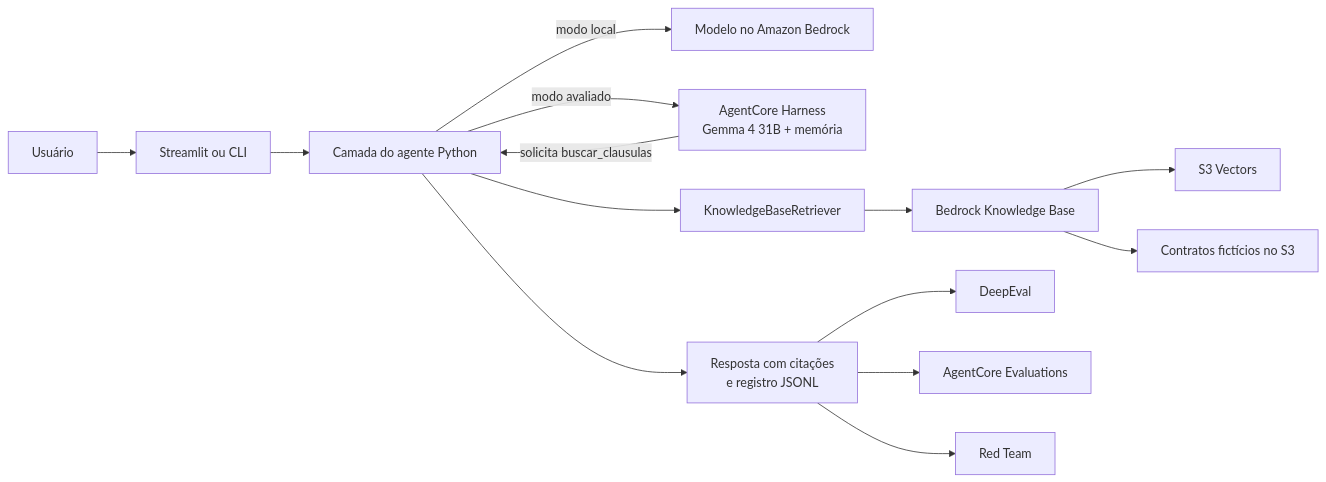
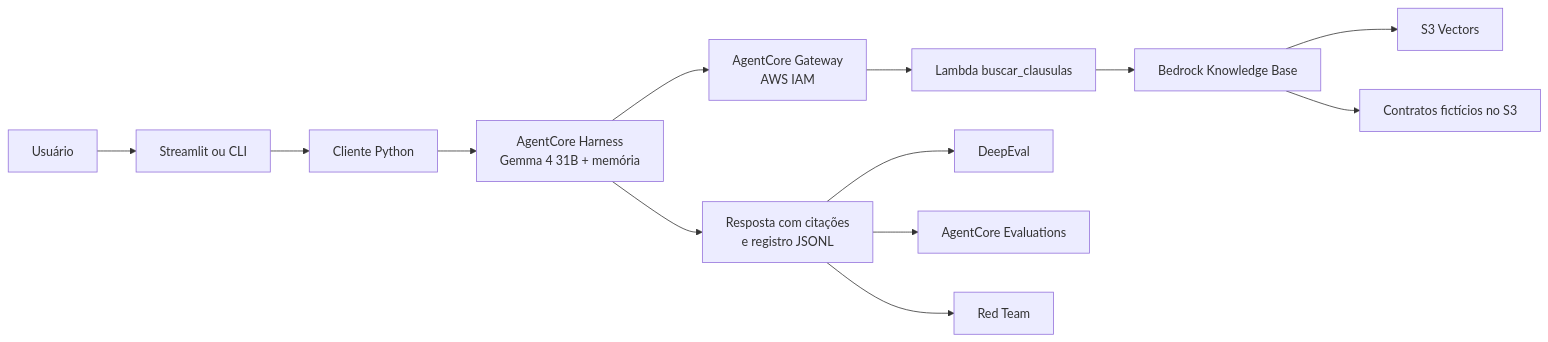
The diagram in README.md (camimcl/contrato-claro-agent), drawn with Mermaid before and after one commit. The commit also changed other lines of this file and 7 other files, not shown here.

````diff
--- a/README.md
+++ b/README.md
@@ -26,16 +26,15 @@
 ```mermaid
 flowchart LR
     U[Usuário] --> UI[Streamlit ou CLI]
-    UI --> A[Camada do agente Python]
-    A -->|modo local| M[Modelo no Amazon Bedrock]
-    A -->|modo avaliado| H[AgentCore Harness<br/>Gemma 4 31B + memória]
-    H -->|solicita buscar_clausulas| A
-    A --> R[KnowledgeBaseRetriever]
-    R --> KB[Bedrock Knowledge Base]
+    UI --> A[Cliente Python]
+    A --> H[AgentCore Harness<br/>Gemma 4 31B + memória]
+    H --> G[AgentCore Gateway<br/>AWS IAM]
+    G --> L[Lambda buscar_clausulas]
+    L --> KB[Bedrock Knowledge Base]
     KB --> V[S3 Vectors]
     KB --> S3[Contratos fictícios no S3]
-    A --> O[Resposta com citações<br/>e registro JSONL]
+    H --> O[Resposta com citações<br/>e registro JSONL]
     O --> D[DeepEval]
     O --> E[AgentCore Evaluations]
     O --> RT[Red Team]
 ```
````
